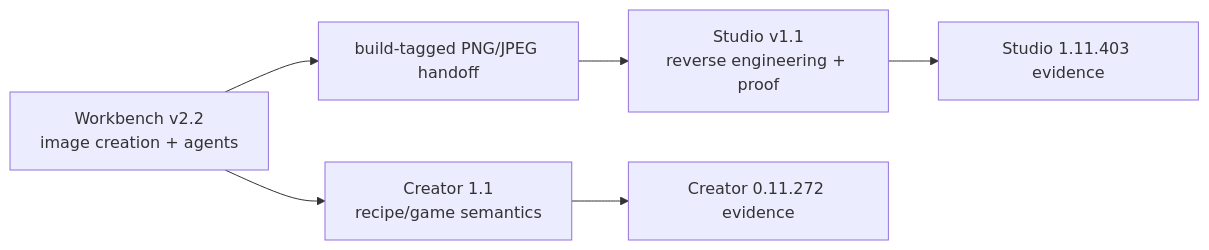
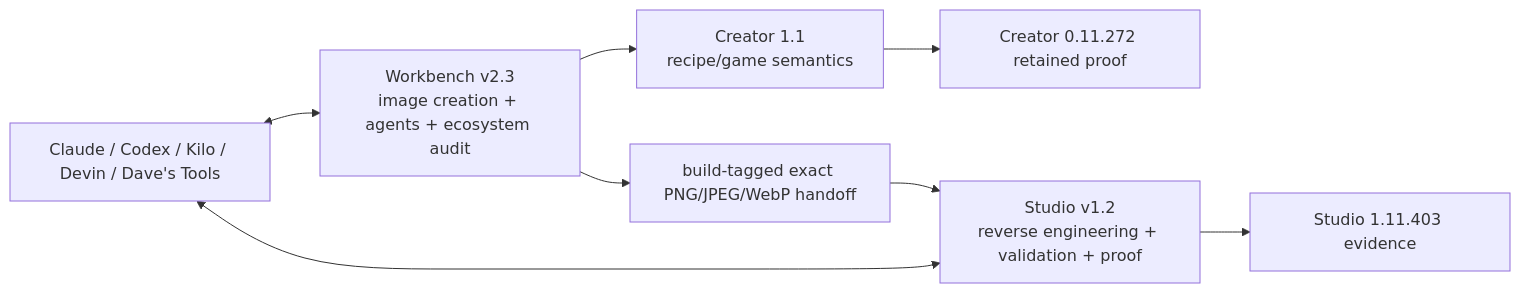
The second of 2 diagrams in README.md (Ghenghis/Barros-Pizza-Creator), drawn with Mermaid before and after one commit. The commit also changed other lines of this file, not shown here.

Commit message:
Align Creator README with Workbench v2.3 and Studio v1.2

````diff
--- a/README.md
+++ b/README.md
@@ -157,8 +158,10 @@
 ```mermaid
 flowchart LR
-    W[Workbench v2.2\nimage creation + agents] --> C[Creator 1.1\nrecipe/game semantics]
-    W --> H[build-tagged PNG/JPEG handoff]
-    H --> S[Studio v1.1\nreverse engineering + proof]
-    C --> CP[Creator 0.11.272 evidence]
+    W[Workbench v2.3\nimage creation + agents + ecosystem audit] --> C[Creator 1.1\nrecipe/game semantics]
+    W --> H[build-tagged exact PNG/JPEG/WebP handoff]
+    H --> S[Studio v1.2\nreverse engineering + validation + proof]
+    C --> CP[Creator 0.11.272 retained proof]
     S --> SP[Studio 1.11.403 evidence]
+    A[Claude / Codex / Kilo / Devin / Dave's Tools] <--> W
+    A <--> S
 ```
````
